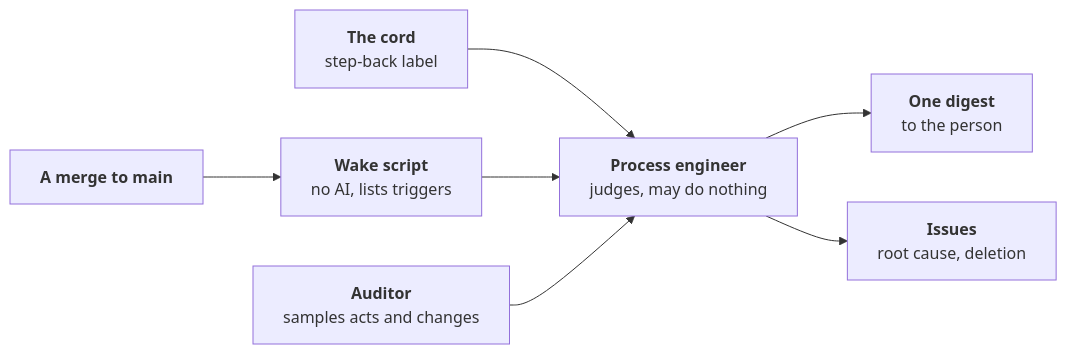
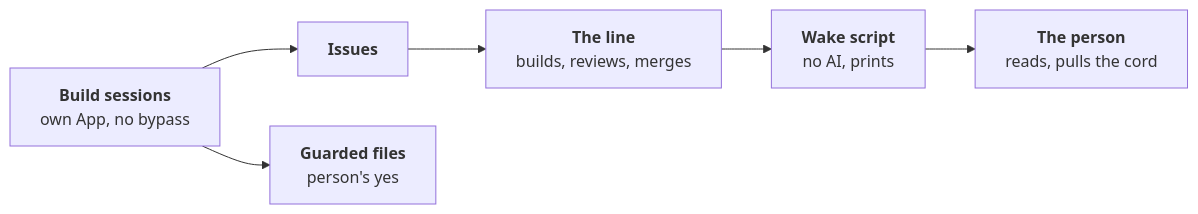
The diagram in docs/adr/0068-the-line-steps-back-on-its-own-drift.md (JN0V/workline), drawn with Mermaid before and after one commit. The commit also changed other lines of this file and 10 other files, not shown here.

````diff
--- a/docs/adr/0068-the-line-steps-back-on-its-own-drift.md
+++ b/docs/adr/0068-the-line-steps-back-on-its-own-drift.md
@@ -46,9 +52,8 @@
 ```mermaid
 flowchart LR
-  merge["<b>A merge to main</b>"] --> wake["<b>Wake script</b><br/>no AI, lists triggers"]
-  cord["<b>The cord</b><br/>step-back label"] --> pe
-  wake --> pe["<b>Process engineer</b><br/>judges, may do nothing"]
-  auditor["<b>Auditor</b><br/>samples acts and changes"] --> pe
-  pe --> digest["<b>One digest</b><br/>to the person"]
-  pe --> issues["<b>Issues</b><br/>root cause, deletion"]
+  sessions["<b>Build sessions</b><br/>own App, no bypass"] --> issues["<b>Issues</b>"]
+  issues --> line["<b>The line</b><br/>builds, reviews, merges"]
+  sessions --> guarded["<b>Guarded files</b><br/>person's yes"]
+  line --> wake["<b>Wake script</b><br/>no AI, prints"]
+  wake --> person["<b>The person</b><br/>reads, pulls the cord"]
 ```
````
